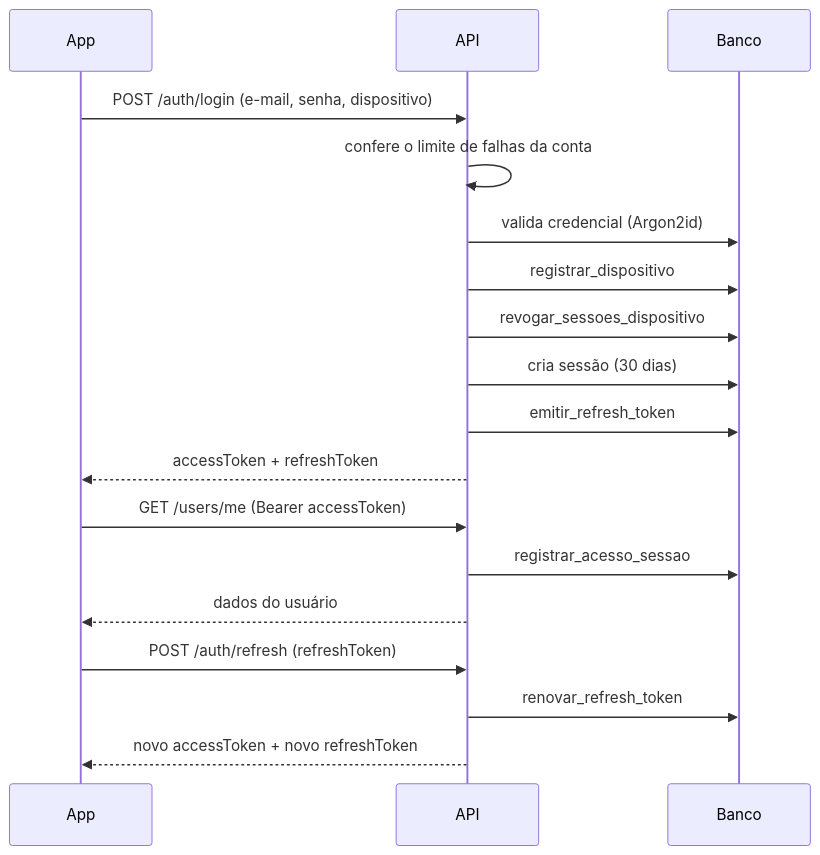
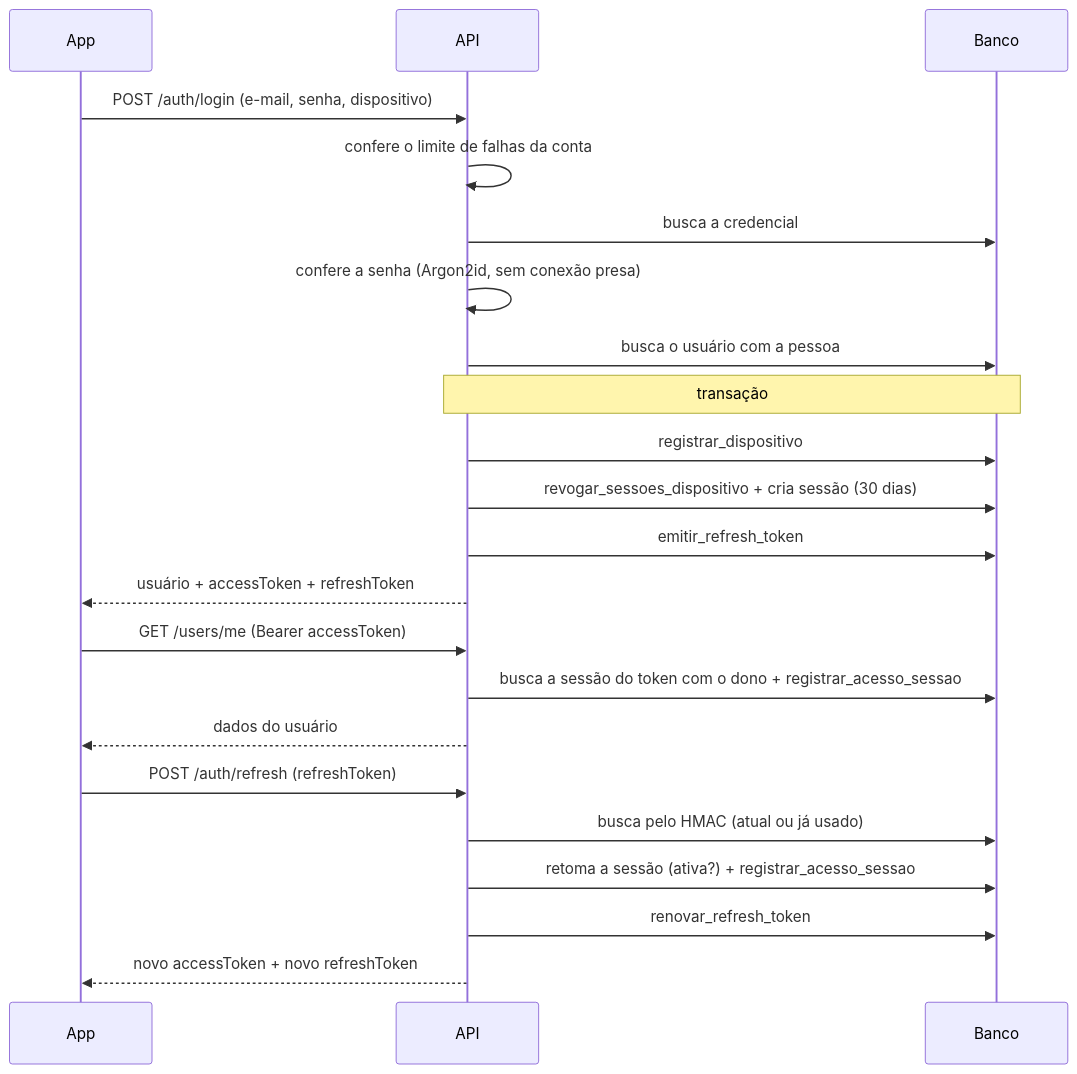
The diagram in README.md (joaobotoni/vsr), drawn with Mermaid before and after one commit. The commit also changed other lines of this file and 128 other files, not shown here.

````diff
--- a/README.md
+++ b/README.md
@@ -171,23 +181,27 @@
 ```mermaid
 sequenceDiagram
     participant App
     participant API
     participant Banco
 
     App->>API: POST /auth/login (e-mail, senha, dispositivo)
     API->>API: confere o limite de falhas da conta
-    API->>Banco: valida credencial (Argon2id)
+    API->>Banco: busca a credencial
+    API->>API: confere a senha (Argon2id, sem conexão presa)
+    API->>Banco: busca o usuário com a pessoa
+    Note over API,Banco: transação
     API->>Banco: registrar_dispositivo
-    API->>Banco: revogar_sessoes_dispositivo
-    API->>Banco: cria sessão (30 dias)
+    API->>Banco: revogar_sessoes_dispositivo + cria sessão (30 dias)
     API->>Banco: emitir_refresh_token
-    API-->>App: accessToken + refreshToken
+    API-->>App: usuário + accessToken + refreshToken
 
     App->>API: GET /users/me (Bearer accessToken)
-    API->>Banco: registrar_acesso_sessao
+    API->>Banco: busca a sessão do token com o dono + registrar_acesso_sessao
     API-->>App: dados do usuário
 
     App->>API: POST /auth/refresh (refreshToken)
+    API->>Banco: busca pelo HMAC (atual ou já usado)
+    API->>Banco: retoma a sessão (ativa?) + registrar_acesso_sessao
     API->>Banco: renovar_refresh_token
     API-->>App: novo accessToken + novo refreshToken
 ```
````
